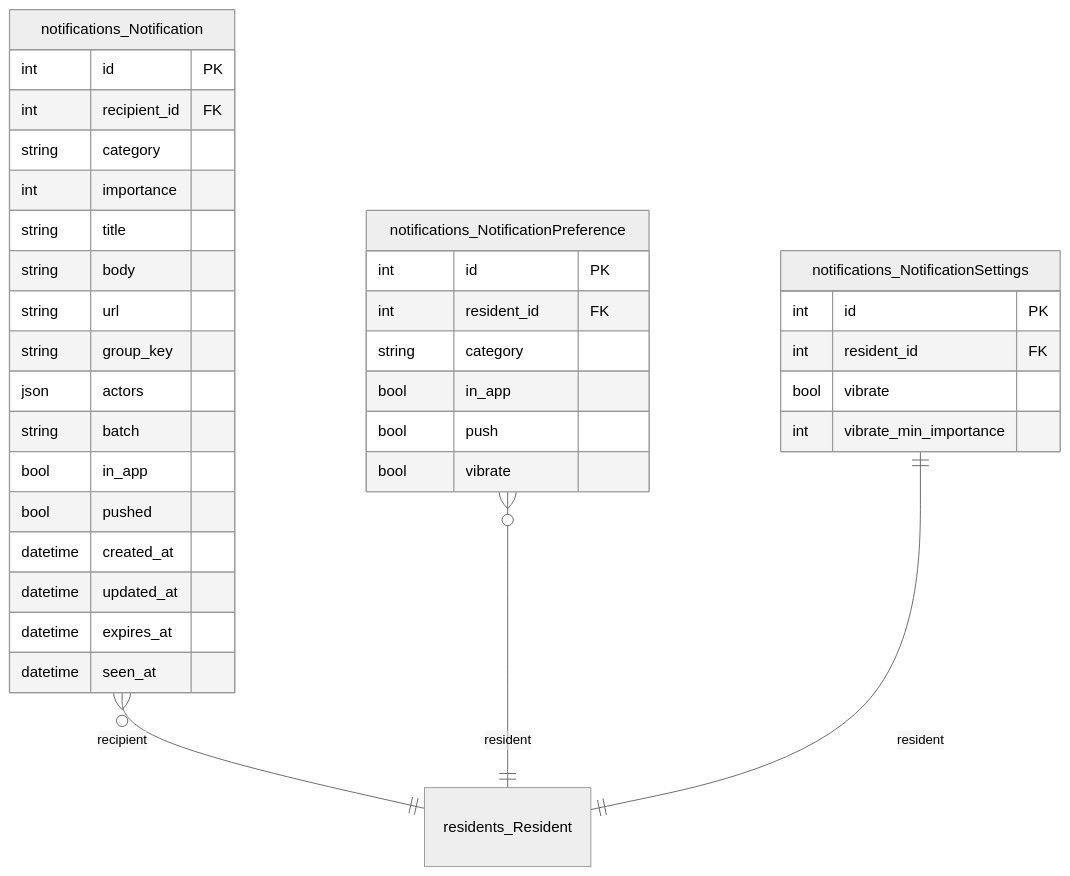
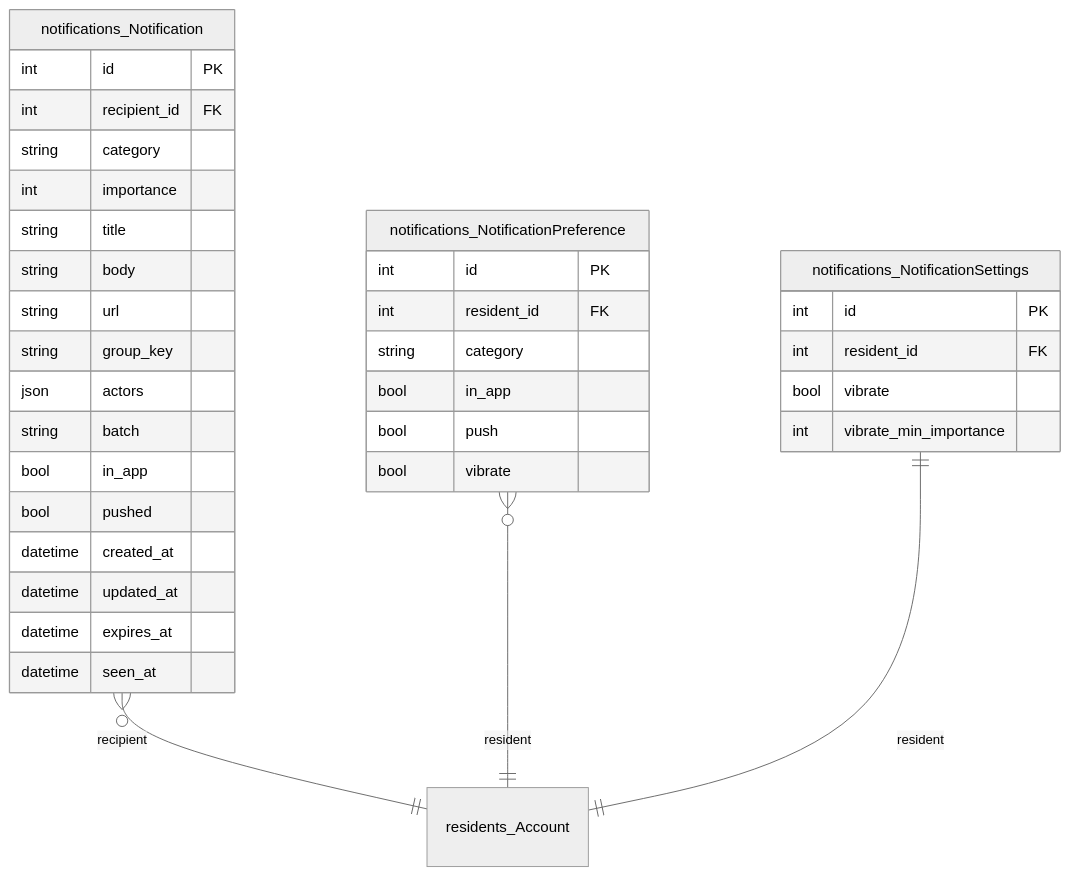
One commit to GAHK-org/gahk_intern changed the tenth of 18 diagrams in docs/erd.md. Above: the diagram before and after it, drawn with Mermaid (neutral theme). The commit also changed other lines of this file and 148 other files, not shown here.

````diff
--- a/docs/erd.md
+++ b/docs/erd.md
@@ -1796,43 +1810,43 @@
 ```mermaid
 erDiagram
     notifications_Notification {
         int id PK
         int recipient_id FK
         string category
         int importance
         string title
         string body
         string url
         string group_key
         json actors
         string batch
         bool in_app
         bool pushed
         datetime created_at
         datetime updated_at
         datetime expires_at
         datetime seen_at
     }
 
     notifications_NotificationPreference {
         int id PK
         int resident_id FK
         string category
         bool in_app
         bool push
         bool vibrate
     }
 
     notifications_NotificationSettings {
         int id PK
         int resident_id FK
         bool vibrate
         int vibrate_min_importance
     }
 
-    residents_Resident { }
+    residents_Account { }
 
-    notifications_Notification }o--|| residents_Resident : "recipient"
-    notifications_NotificationPreference }o--|| residents_Resident : "resident"
-    notifications_NotificationSettings ||--|| residents_Resident : "resident"
+    notifications_Notification }o--|| residents_Account : "recipient"
+    notifications_NotificationPreference }o--|| residents_Account : "resident"
+    notifications_NotificationSettings ||--|| residents_Account : "resident"
 ```
````
